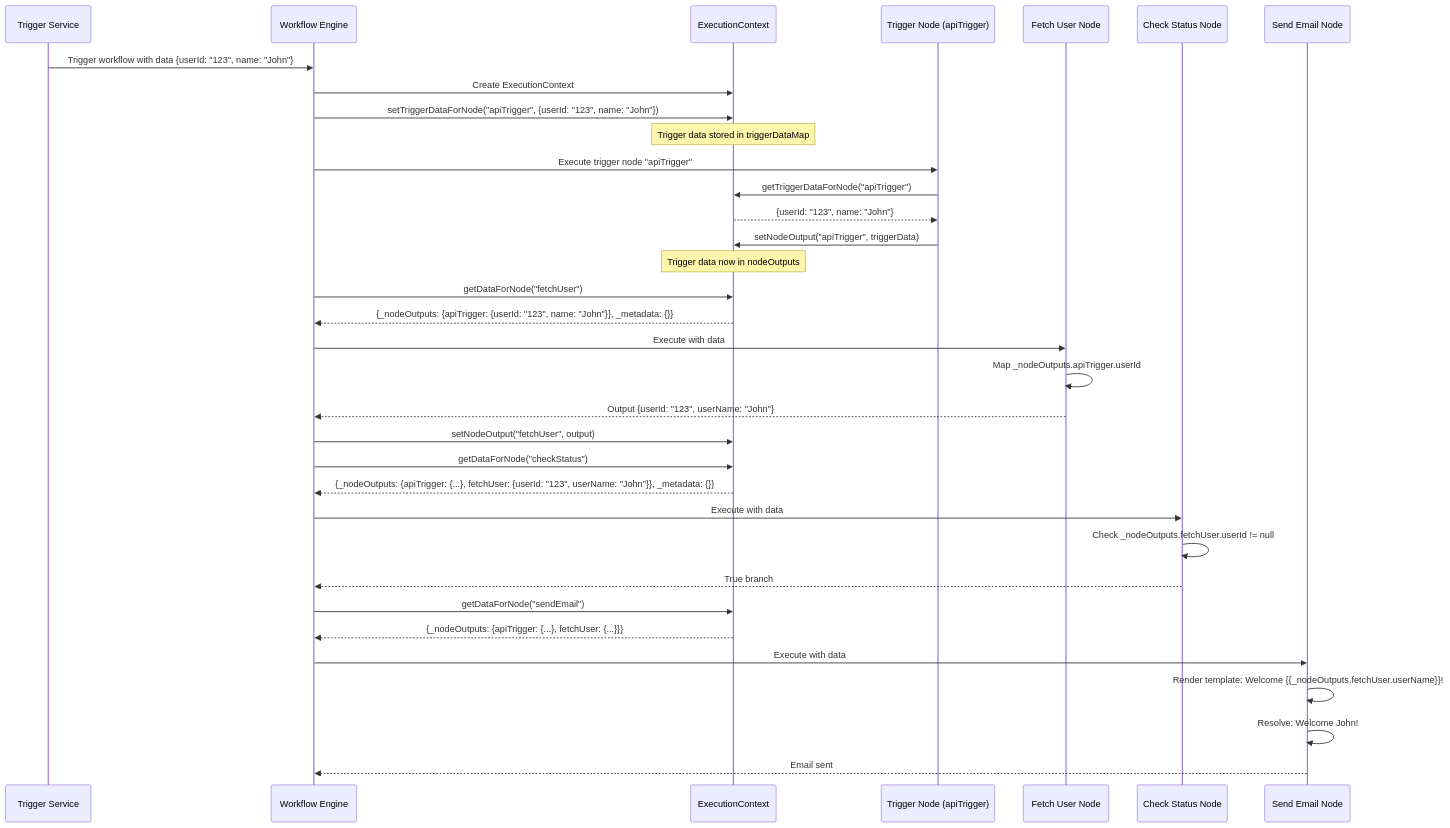
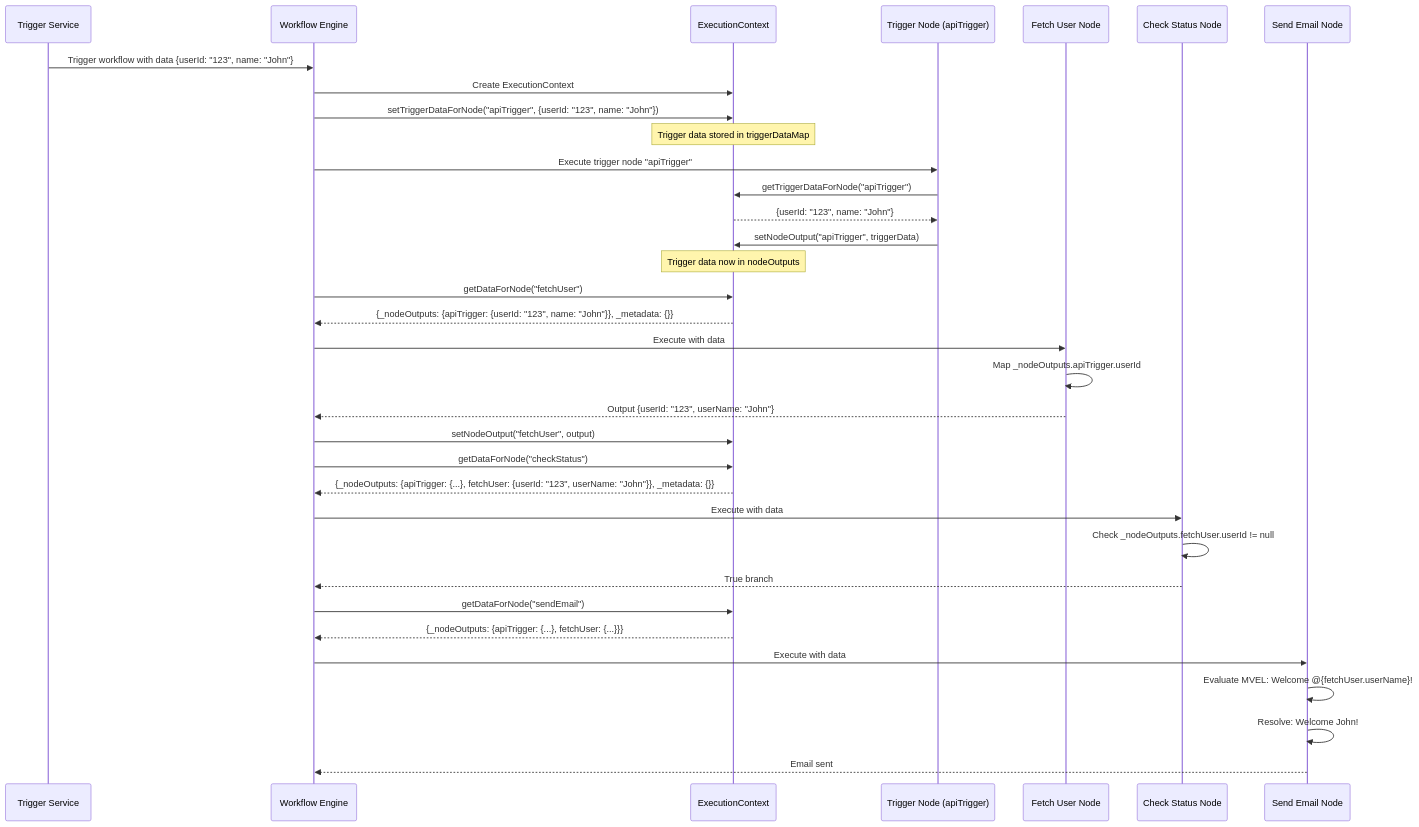
One commit to Ngoctrong102/workflow changed diagram 14 of 15 in docs/technical/backend/workflow-context-management.md. Above: the diagram before and after it, drawn with Mermaid. The commit also changed other lines of this file and 392 other files, not shown here.

````diff
--- a/docs/technical/backend/workflow-context-management.md
+++ b/docs/technical/backend/workflow-context-management.md
@@ -696,41 +703,41 @@
 ```mermaid
 sequenceDiagram
     participant T as Trigger Service
     participant WE as Workflow Engine
     participant EC as ExecutionContext
     participant TN as Trigger Node (apiTrigger)
     participant N1 as Fetch User Node
     participant N2 as Check Status Node
     participant N3 as Send Email Node
     
     T->>WE: Trigger workflow with data {userId: "123", name: "John"}
     WE->>EC: Create ExecutionContext
     WE->>EC: setTriggerDataForNode("apiTrigger", {userId: "123", name: "John"})
     Note over EC: Trigger data stored in triggerDataMap
     
     WE->>TN: Execute trigger node "apiTrigger"
     TN->>EC: getTriggerDataForNode("apiTrigger")
     EC-->>TN: {userId: "123", name: "John"}
     TN->>EC: setNodeOutput("apiTrigger", triggerData)
     Note over EC: Trigger data now in nodeOutputs
     
     WE->>EC: getDataForNode("fetchUser")
     EC-->>WE: {_nodeOutputs: {apiTrigger: {userId: "123", name: "John"}}, _metadata: {}}
     WE->>N1: Execute with data
     N1->>N1: Map _nodeOutputs.apiTrigger.userId
     N1-->>WE: Output {userId: "123", userName: "John"}
     WE->>EC: setNodeOutput("fetchUser", output)
     
     WE->>EC: getDataForNode("checkStatus")
     EC-->>WE: {_nodeOutputs: {apiTrigger: {...}, fetchUser: {userId: "123", userName: "John"}}, _metadata: {}}
     WE->>N2: Execute with data
     N2->>N2: Check _nodeOutputs.fetchUser.userId != null
     N2-->>WE: True branch
     
     WE->>EC: getDataForNode("sendEmail")
     EC-->>WE: {_nodeOutputs: {apiTrigger: {...}, fetchUser: {...}}}
     WE->>N3: Execute with data
-    N3->>N3: Render template: Welcome {{_nodeOutputs.fetchUser.userName}}!
+    N3->>N3: Evaluate MVEL: Welcome @{fetchUser.userName}!
     N3->>N3: Resolve: Welcome John!
     N3-->>WE: Email sent
 ```
````
